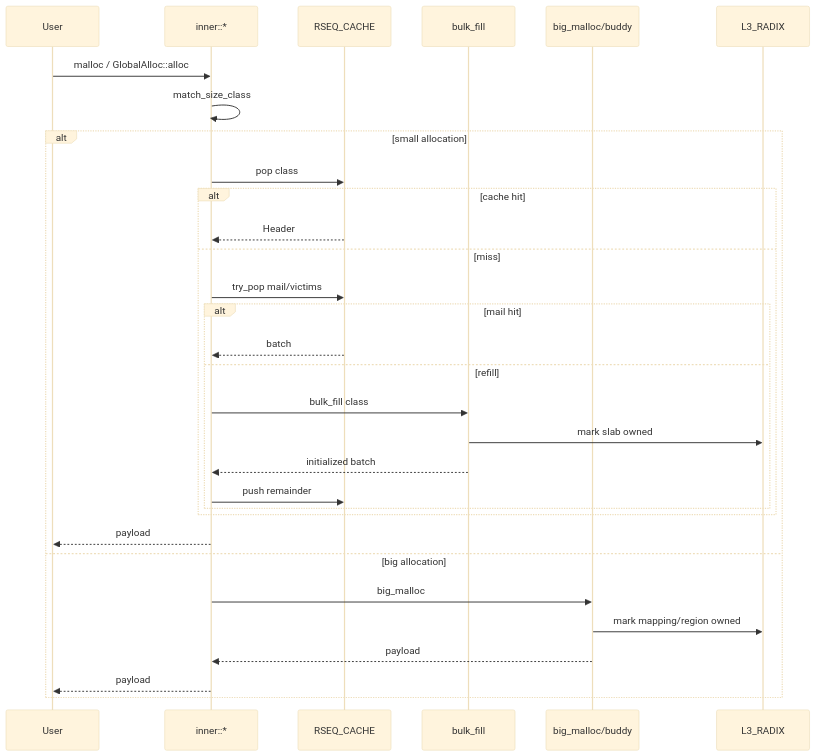
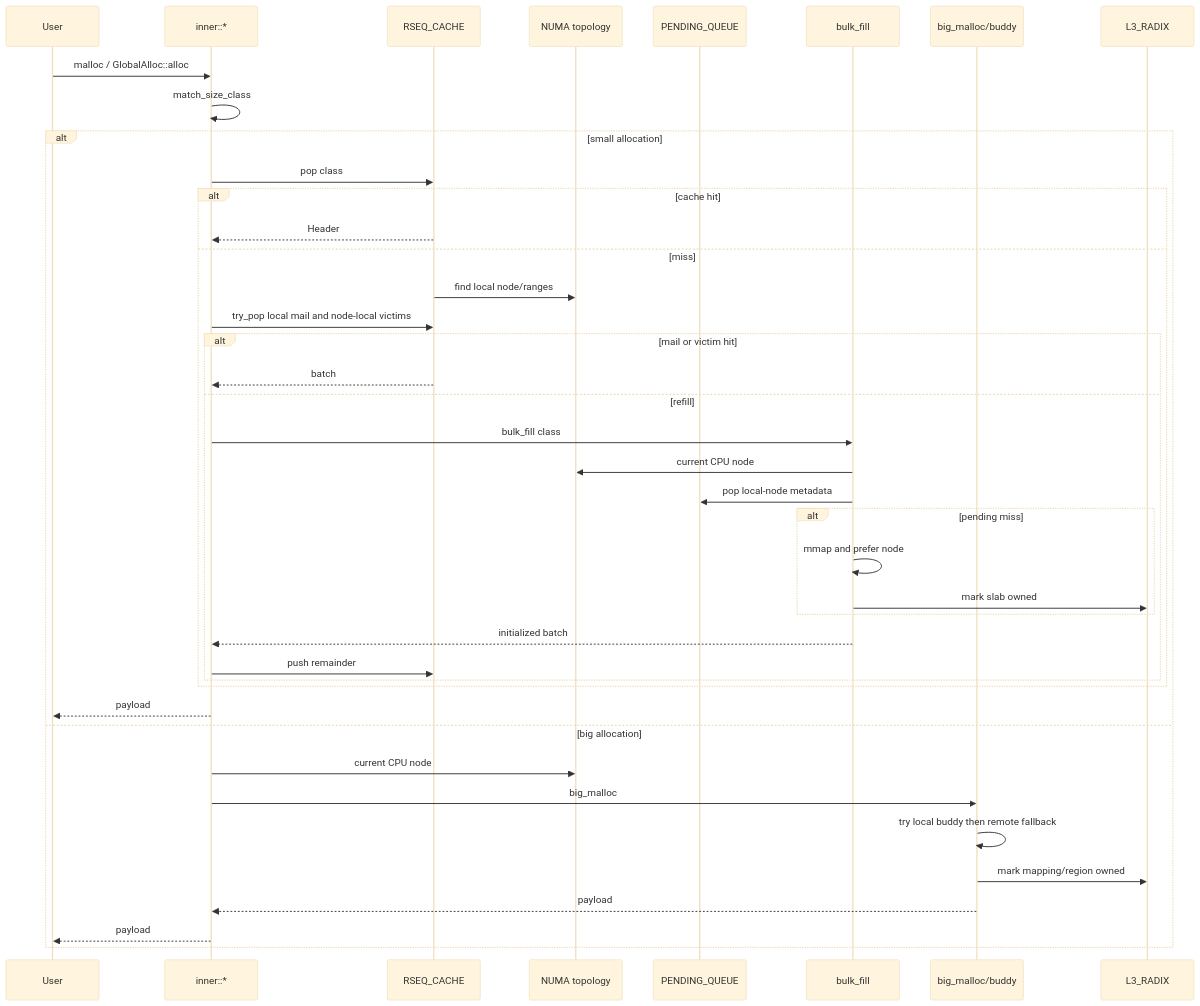
Before and after one commit to Metehan120/rsmalloc: the fourth of 4 diagrams in architecture.md, drawn with Mermaid (base theme). The commit also changed other lines of this file, not shown here.

Commit message:
mermaid update

````diff
--- a/architecture.md
+++ b/architecture.md
@@ -516,34 +535,44 @@
 ```mermaid
 sequenceDiagram
     participant User
     participant Inner as inner::*
     participant RSEQ as RSEQ_CACHE
+    participant NUMA as NUMA topology
+    participant Pending as PENDING_QUEUE
     participant Refill as bulk_fill
     participant Big as big_malloc/buddy
     participant Radix as L3_RADIX
 
     User->>Inner: malloc / GlobalAlloc::alloc
     Inner->>Inner: match_size_class
     alt small allocation
         Inner->>RSEQ: pop class
         alt cache hit
             RSEQ-->>Inner: Header
         else miss
-            Inner->>RSEQ: try_pop mail/victims
-            alt mail hit
+            RSEQ->>NUMA: find local node/ranges
+            Inner->>RSEQ: try_pop local mail and node-local victims
+            alt mail or victim hit
                 RSEQ-->>Inner: batch
             else refill
                 Inner->>Refill: bulk_fill class
-                Refill->>Radix: mark slab owned
+                Refill->>NUMA: current CPU node
+                Refill->>Pending: pop local-node metadata
+                alt pending miss
+                    Refill->>Refill: mmap and prefer node
+                    Refill->>Radix: mark slab owned
+                end
                 Refill-->>Inner: initialized batch
                 Inner->>RSEQ: push remainder
             end
         end
         Inner-->>User: payload
     else big allocation
+        Inner->>NUMA: current CPU node
         Inner->>Big: big_malloc
+        Big->>Big: try local buddy then remote fallback
         Big->>Radix: mark mapping/region owned
         Big-->>Inner: payload
         Inner-->>User: payload
     end
 ```
````
